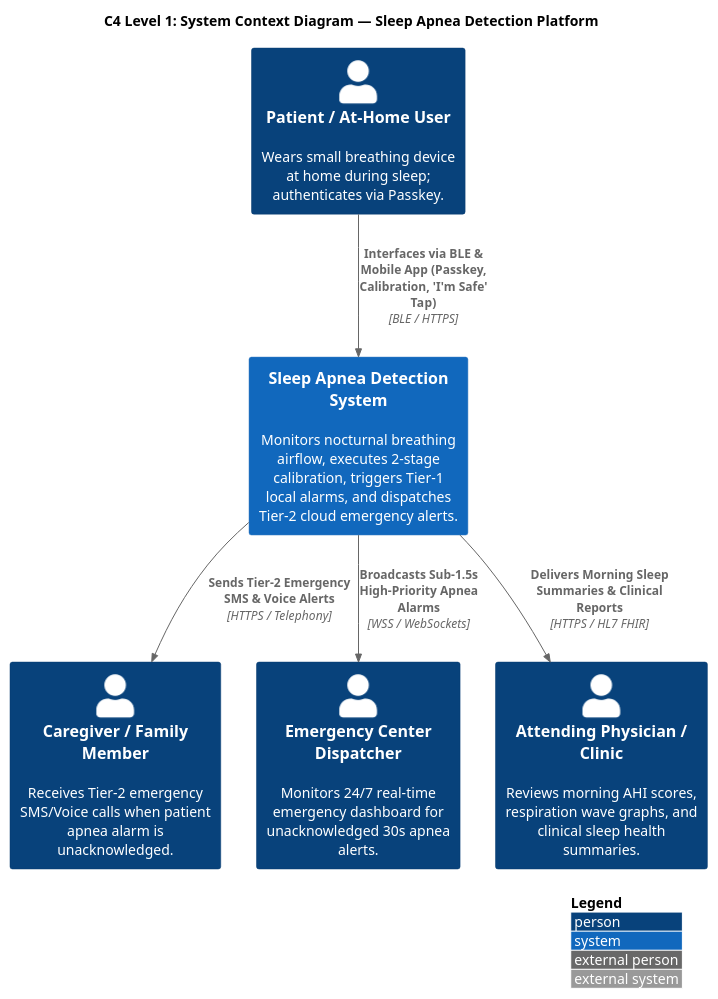
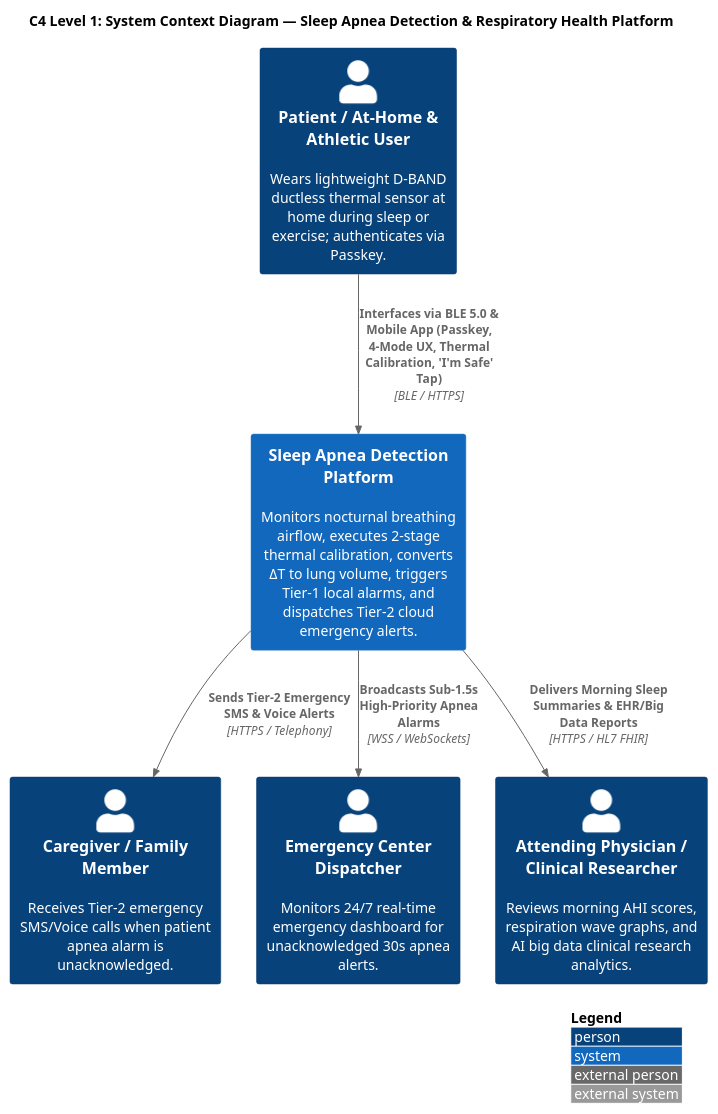
One commit to reidlai/masker-app changed the first of 15 diagrams in _bmad-output/architecture/ARCHITECTURE-SPINE.md. Above: the diagram before and after it, drawn with PlantUML. The commit also changed other lines of this file and 5 other files, not shown here.

First line of the commit message:
feat(arch): update enterprise architecture spine v18.0.0 and prd v2.1.0

````diff
--- a/_bmad-output/architecture/ARCHITECTURE-SPINE.md
+++ b/_bmad-output/architecture/ARCHITECTURE-SPINE.md
@@ -24,22 +24,22 @@
 ```plantuml
 @startuml C4_Level1_System_Context
 !include https://raw.githubusercontent.com/plantuml-stdlib/C4-PlantUML/master/C4_Context.puml
 
 LAYOUT_WITH_LEGEND()
 
-title C4 Level 1: System Context Diagram — Sleep Apnea Detection Platform
+title C4 Level 1: System Context Diagram — Sleep Apnea Detection & Respiratory Health Platform
 
-Person(patient, "Patient / At-Home User", "Wears small breathing device at home during sleep; authenticates via Passkey.")
+Person(patient, "Patient / At-Home & Athletic User", "Wears lightweight D-BAND ductless thermal sensor at home during sleep or exercise; authenticates via Passkey.")
 Person(caregiver, "Caregiver / Family Member", "Receives Tier-2 emergency SMS/Voice calls when patient apnea alarm is unacknowledged.")
 Person(dispatcher, "Emergency Center Dispatcher", "Monitors 24/7 real-time emergency dashboard for unacknowledged 30s apnea alerts.")
-Person(doctor, "Attending Physician / Clinic", "Reviews morning AHI scores, respiration wave graphs, and clinical sleep health summaries.")
+Person(doctor, "Attending Physician / Clinical Researcher", "Reviews morning AHI scores, respiration wave graphs, and AI big data clinical research analytics.")
 
-System(system, "Sleep Apnea Detection System", "Monitors nocturnal breathing airflow, executes 2-stage calibration, triggers Tier-1 local alarms, and dispatches Tier-2 cloud emergency alerts.")
+System(system, "Sleep Apnea Detection Platform", "Monitors nocturnal breathing airflow, executes 2-stage thermal calibration, converts ΔT to lung volume, triggers Tier-1 local alarms, and dispatches Tier-2 cloud emergency alerts.")
 
-Rel(patient, system, "Interfaces via BLE & Mobile App (Passkey, Calibration, 'I'm Safe' Tap)", "BLE / HTTPS")
+Rel(patient, system, "Interfaces via BLE 5.0 & Mobile App (Passkey, 4-Mode UX, Thermal Calibration, 'I'm Safe' Tap)", "BLE / HTTPS")
 Rel(system, caregiver, "Sends Tier-2 Emergency SMS & Voice Alerts", "HTTPS / Telephony")
 Rel(system, dispatcher, "Broadcasts Sub-1.5s High-Priority Apnea Alarms", "WSS / WebSockets")
-Rel(system, doctor, "Delivers Morning Sleep Summaries & Clinical Reports", "HTTPS / HL7 FHIR")
+Rel(system, doctor, "Delivers Morning Sleep Summaries & EHR/Big Data Reports", "HTTPS / HL7 FHIR")
 
 @enduml
 ```
````
